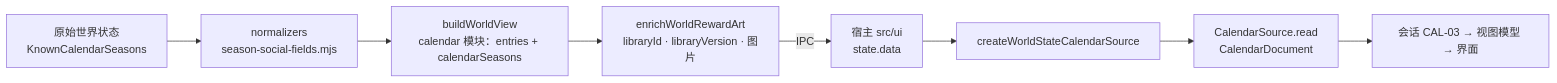
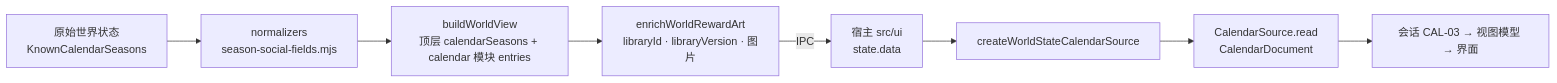
The diagram in 文档/深入/43-1999日历世界状态转接器.md (Dreamsunqing/1020-pbex-wfcd-zlk), drawn with Mermaid before and after one commit. The commit also changed other lines of this file and 13 other files, not shown here.

````diff
--- a/文档/深入/43-1999日历世界状态转接器.md
+++ b/文档/深入/43-1999日历世界状态转接器.md
@@ -18,10 +18,10 @@
 ```mermaid
 flowchart LR
   R[原始世界状态<br/>KnownCalendarSeasons] --> N[normalizers<br/>season-social-fields.mjs]
-  N --> V[buildWorldView<br/>calendar 模块：entries + calendarSeasons]
+  N --> V[buildWorldView<br/>顶层 calendarSeasons + calendar 模块 entries]
   V --> E[enrichWorldRewardArt<br/>libraryId · libraryVersion · 图片]
   E -->|IPC| H[宿主 src/ui<br/>state.data]
   H --> A[createWorldStateCalendarSource]
   A --> S[CalendarSource.read<br/>CalendarDocument]
   S --> X[会话 CAL-03 → 视图模型 → 界面]
 ```
````
